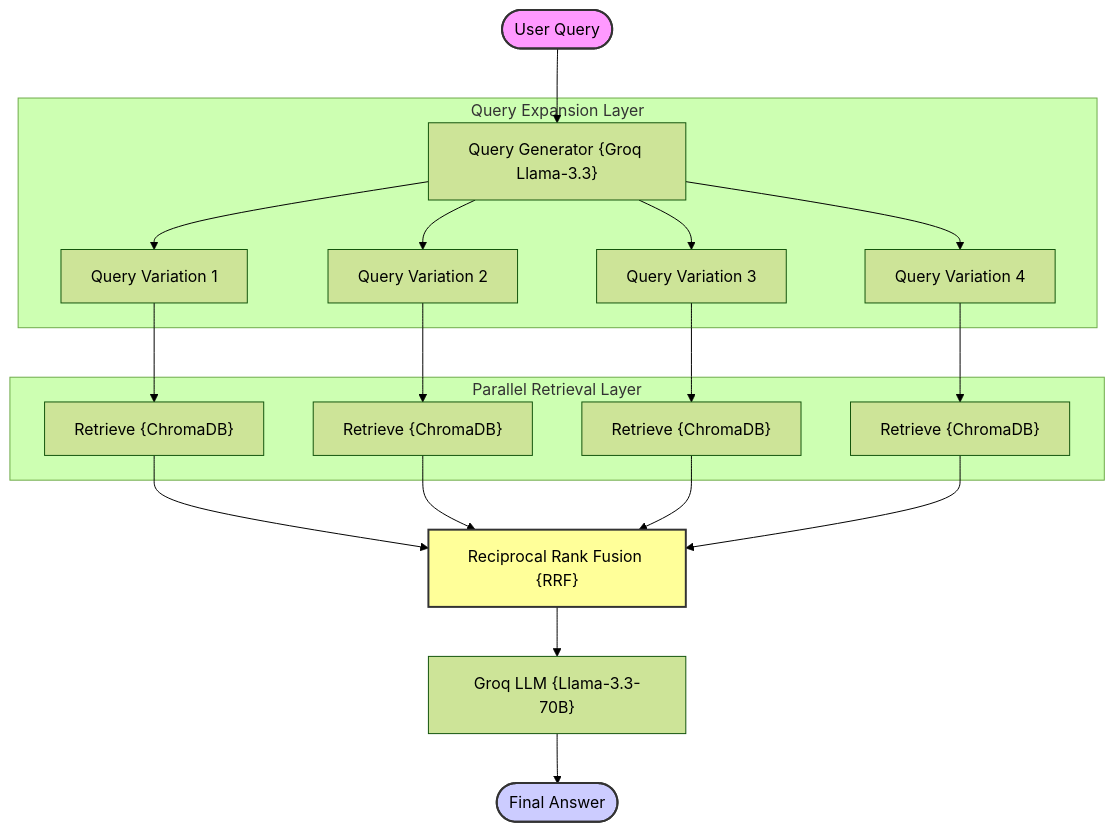
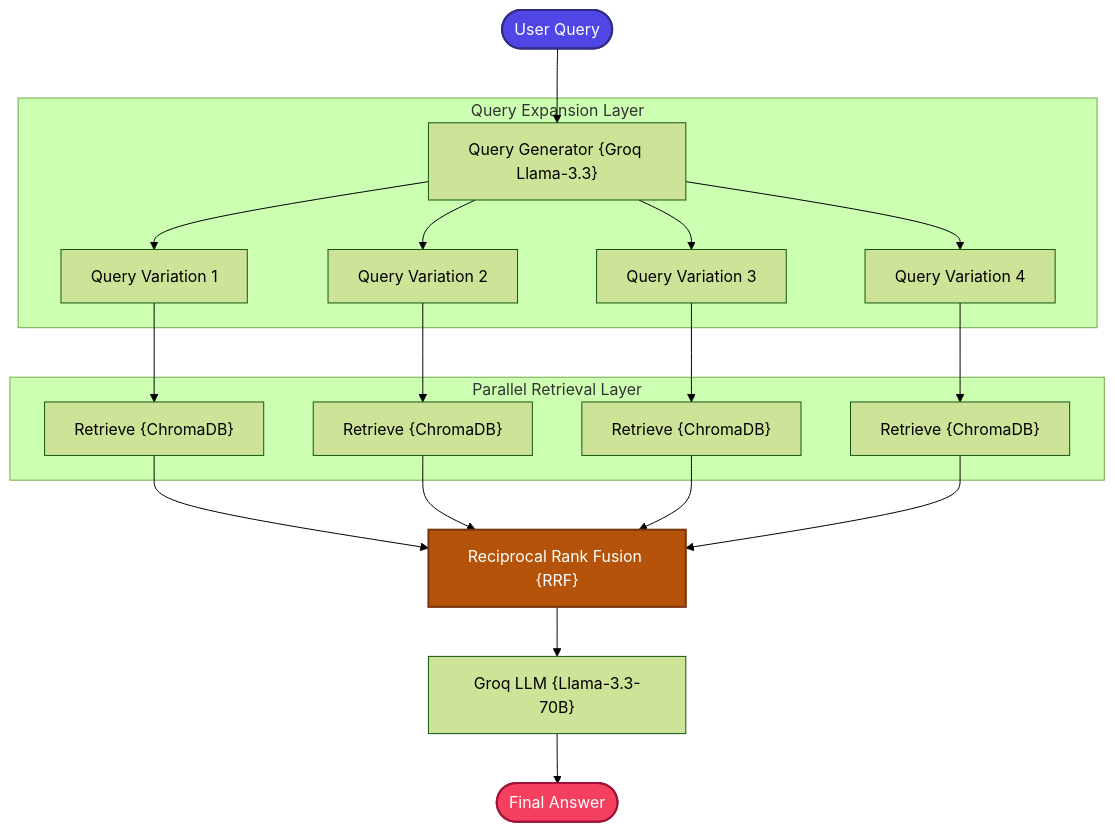
One commit to mohd-faizy/RAG-Design-Patterns changed the diagram in 05_Fusion_RAG/README.md. Above: the diagram before and after it, drawn with Mermaid (forest theme). The commit also changed 18 other files, not shown here.

````diff
--- a/05_Fusion_RAG/README.md
+++ b/05_Fusion_RAG/README.md
@@ -11,30 +11,30 @@
 ```mermaid
 graph TD
     Query([User Query]) --> Generator["Query Generator {Groq Llama-3.3}"]
     
     subgraph "Query Expansion Layer"
         Generator --> Q1["Query Variation 1"]
         Generator --> Q2["Query Variation 2"]
         Generator --> Q3["Query Variation 3"]
         Generator --> Q4["Query Variation 4"]
     end
     
     subgraph "Parallel Retrieval Layer"
         Q1 --> Retrieve1["Retrieve {ChromaDB}"]
         Q2 --> Retrieve2["Retrieve {ChromaDB}"]
         Q3 --> Retrieve3["Retrieve {ChromaDB}"]
         Q4 --> Retrieve4["Retrieve {ChromaDB}"]
     end
     
     Retrieve1 --> Fusion["Reciprocal Rank Fusion {RRF}"]
     Retrieve2 --> Fusion
     Retrieve3 --> Fusion
     Retrieve4 --> Fusion
     
     Fusion --> Groq["Groq LLM {Llama-3.3-70B}"]
     Groq --> FinalAnswer([Final Answer])
 
-    style Query fill:#f9f,stroke:#333,stroke-width:2px
-    style FinalAnswer fill:#ccf,stroke:#333,stroke-width:2px
-    style Fusion fill:#ff9,stroke:#333,stroke-width:2px
+    style Query fill:#4F46E5,stroke:#312E81,stroke-width:2px,color:#fff
+    style FinalAnswer fill:#F43F5E,stroke:#9F1239,stroke-width:2px,color:#fff
+    style Fusion fill:#B45309,stroke:#78350F,stroke-width:2px,color:#fff
 ```
````
